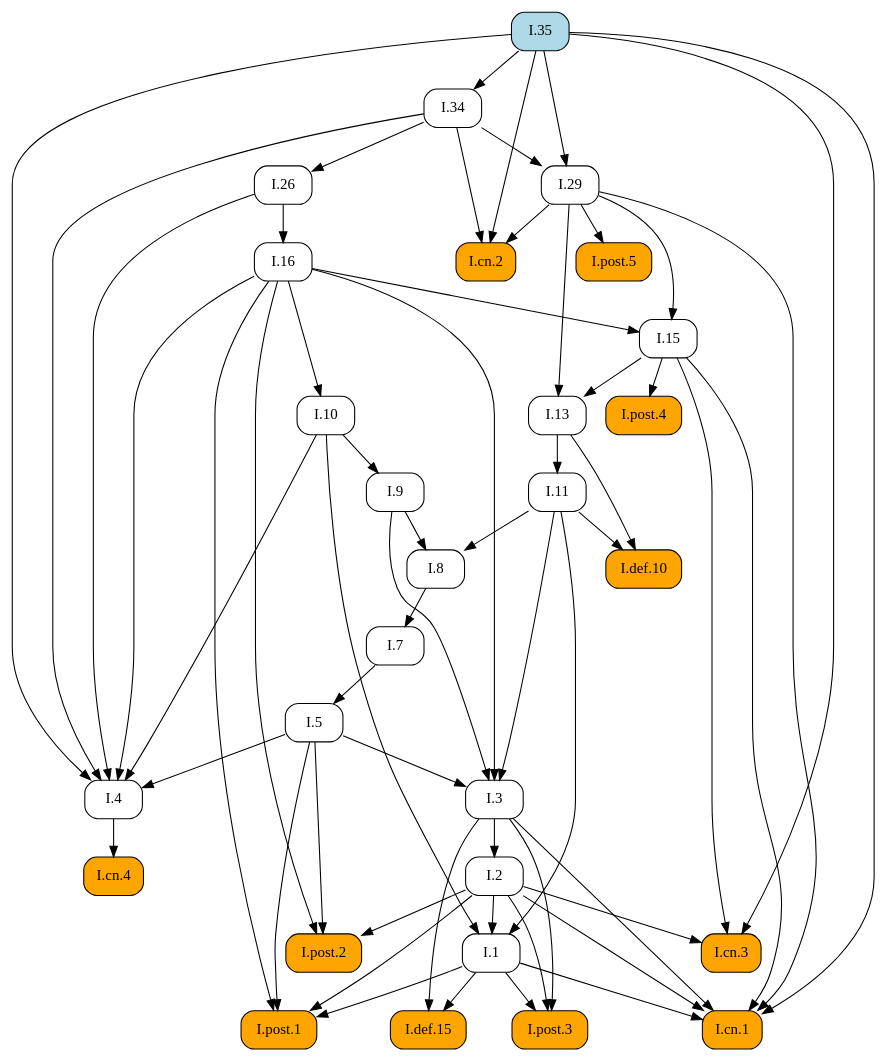
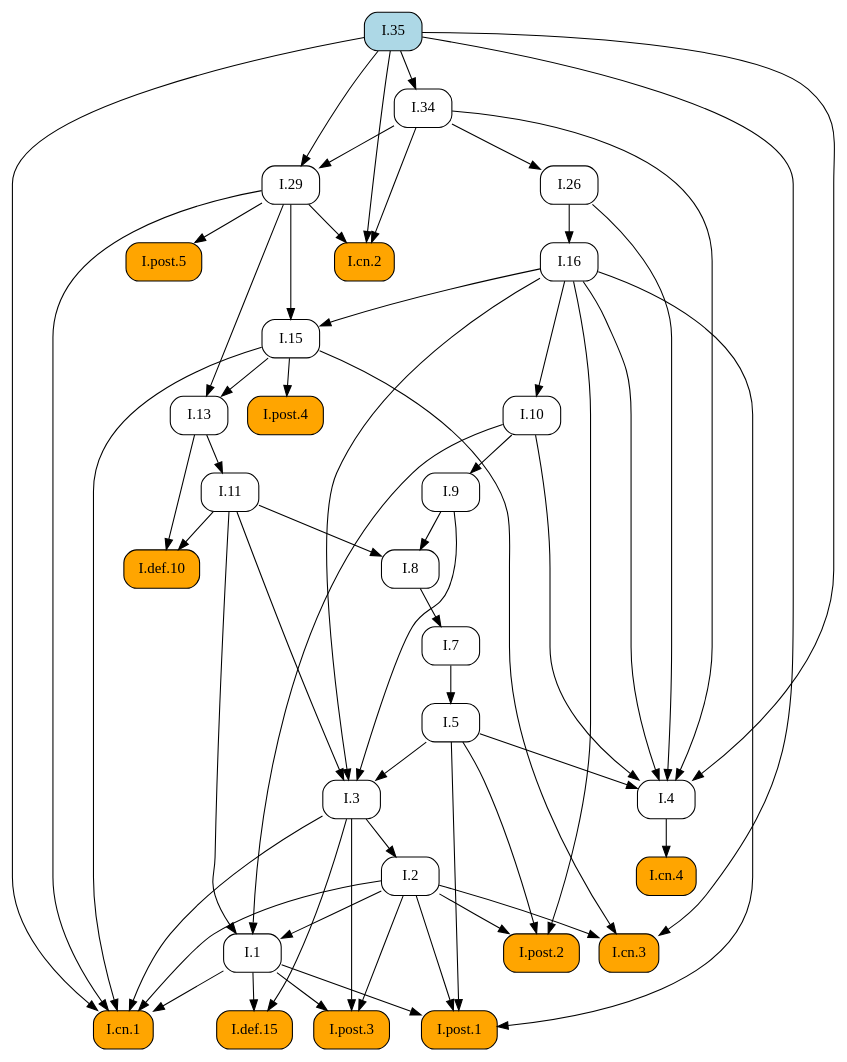
Before and after one commit to geometor/elements: the diagram in docsrc/heath/I/35/index.rst, drawn with Graphviz. The commit also changed other lines of this file and 484 other files, not shown here.

```diff
--- a/docsrc/heath/I/35/index.rst
+++ b/docsrc/heath/I/35/index.rst
@@ -66,91 +66,91 @@
    digraph {
      rankdir="TB";
      node [shape=box, style=rounded];
+     "I.35" [style="rounded,filled", fillcolor=lightblue, URL="/heath/I/35/", target="_top"];
+     "I.9" [URL="/heath/I/9/", target="_top"];
+     "I.cn.1" [style="rounded,filled", fillcolor=orange, URL="/heath/I/cn.1/", target="_top"];
+     "I.7" [URL="/heath/I/7/", target="_top"];
+     "I.2" [URL="/heath/I/2/", target="_top"];
+     "I.def.15" [style="rounded,filled", fillcolor=orange, URL="/heath/I/def.15/", target="_top"];
+     "I.13" [URL="/heath/I/13/", target="_top"];
+     "I.post.4" [style="rounded,filled", fillcolor=orange, URL="/heath/I/post.4/", target="_top"];
+     "I.4" [URL="/heath/I/4/", target="_top"];
+     "I.1" [URL="/heath/I/1/", target="_top"];
+     "I.post.3" [style="rounded,filled", fillcolor=orange, URL="/heath/I/post.3/", target="_top"];
+     "I.post.1" [style="rounded,filled", fillcolor=orange, URL="/heath/I/post.1/", target="_top"];
+     "I.5" [URL="/heath/I/5/", target="_top"];
+     "I.8" [URL="/heath/I/8/", target="_top"];
+     "I.cn.3" [style="rounded,filled", fillcolor=orange, URL="/heath/I/cn.3/", target="_top"];
+     "I.29" [URL="/heath/I/29/", target="_top"];
+     "I.16" [URL="/heath/I/16/", target="_top"];
      "I.def.10" [style="rounded,filled", fillcolor=orange, URL="/heath/I/def.10/", target="_top"];
+     "I.15" [URL="/heath/I/15/", target="_top"];
+     "I.10" [URL="/heath/I/10/", target="_top"];
      "I.11" [URL="/heath/I/11/", target="_top"];
-     "I.post.4" [style="rounded,filled", fillcolor=orange, URL="/heath/I/post.4/", target="_top"];
-     "I.1" [URL="/heath/I/1/", target="_top"];
-     "I.35" [style="rounded,filled", fillcolor=lightblue, URL="/heath/I/35/", target="_top"];
+     "I.cn.2" [style="rounded,filled", fillcolor=orange, URL="/heath/I/cn.2/", target="_top"];
+     "I.post.5" [style="rounded,filled", fillcolor=orange, URL="/heath/I/post.5/", target="_top"];
+     "I.cn.4" [style="rounded,filled", fillcolor=orange, URL="/heath/I/cn.4/", target="_top"];
+     "I.post.2" [style="rounded,filled", fillcolor=orange, URL="/heath/I/post.2/", target="_top"];
      "I.26" [URL="/heath/I/26/", target="_top"];
-     "I.7" [URL="/heath/I/7/", target="_top"];
      "I.34" [URL="/heath/I/34/", target="_top"];
      "I.3" [URL="/heath/I/3/", target="_top"];
-     "I.2" [URL="/heath/I/2/", target="_top"];
-     "I.4" [URL="/heath/I/4/", target="_top"];
-     "I.29" [URL="/heath/I/29/", target="_top"];
-     "I.13" [URL="/heath/I/13/", target="_top"];
-     "I.cn.2" [style="rounded,filled", fillcolor=orange, URL="/heath/I/cn.2/", target="_top"];
-     "I.post.2" [style="rounded,filled", fillcolor=orange, URL="/heath/I/post.2/", target="_top"];
-     "I.16" [URL="/heath/I/16/", target="_top"];
-     "I.def.15" [style="rounded,filled", fillcolor=orange, URL="/heath/I/def.15/", target="_top"];
-     "I.9" [URL="/heath/I/9/", target="_top"];
-     "I.post.3" [style="rounded,filled", fillcolor=orange, URL="/heath/I/post.3/", target="_top"];
-     "I.cn.1" [style="rounded,filled", fillcolor=orange, URL="/heath/I/cn.1/", target="_top"];
-     "I.cn.3" [style="rounded,filled", fillcolor=orange, URL="/heath/I/cn.3/", target="_top"];
-     "I.8" [URL="/heath/I/8/", target="_top"];
-     "I.cn.4" [style="rounded,filled", fillcolor=orange, URL="/heath/I/cn.4/", target="_top"];
-     "I.15" [URL="/heath/I/15/", target="_top"];
-     "I.post.5" [style="rounded,filled", fillcolor=orange, URL="/heath/I/post.5/", target="_top"];
-     "I.post.1" [style="rounded,filled", fillcolor=orange, URL="/heath/I/post.1/", target="_top"];
-     "I.10" [URL="/heath/I/10/", target="_top"];
-     "I.5" [URL="/heath/I/5/", target="_top"];
-     "I.11" -> "I.def.10";
-     "I.13" -> "I.def.10";
-     "I.13" -> "I.11";
+     "I.10" -> "I.9";
+     "I.1" -> "I.cn.1";
+     "I.2" -> "I.cn.1";
+     "I.3" -> "I.cn.1";
+     "I.15" -> "I.cn.1";
+     "I.29" -> "I.cn.1";
+     "I.35" -> "I.cn.1";
+     "I.8" -> "I.7";
+     "I.3" -> "I.2";
+     "I.1" -> "I.def.15";
+     "I.3" -> "I.def.15";
+     "I.15" -> "I.13";
+     "I.29" -> "I.13";
      "I.15" -> "I.post.4";
-     "I.2" -> "I.1";
-     "I.10" -> "I.1";
-     "I.11" -> "I.1";
-     "I.34" -> "I.26";
-     "I.8" -> "I.7";
-     "I.35" -> "I.34";
-     "I.5" -> "I.3";
-     "I.9" -> "I.3";
-     "I.11" -> "I.3";
-     "I.16" -> "I.3";
-     "I.3" -> "I.2";
      "I.5" -> "I.4";
      "I.10" -> "I.4";
      "I.16" -> "I.4";
      "I.26" -> "I.4";
      "I.34" -> "I.4";
      "I.35" -> "I.4";
-     "I.34" -> "I.29";
-     "I.35" -> "I.29";
-     "I.15" -> "I.13";
-     "I.29" -> "I.13";
-     "I.29" -> "I.cn.2";
-     "I.34" -> "I.cn.2";
-     "I.35" -> "I.cn.2";
-     "I.2" -> "I.post.2";
-     "I.5" -> "I.post.2";
-     "I.16" -> "I.post.2";
-     "I.26" -> "I.16";
-     "I.1" -> "I.def.15";
-     "I.3" -> "I.def.15";
-     "I.10" -> "I.9";
+     "I.2" -> "I.1";
+     "I.10" -> "I.1";
+     "I.11" -> "I.1";
      "I.1" -> "I.post.3";
      "I.2" -> "I.post.3";
      "I.3" -> "I.post.3";
-     "I.1" -> "I.cn.1";
-     "I.2" -> "I.cn.1";
-     "I.3" -> "I.cn.1";
-     "I.15" -> "I.cn.1";
-     "I.29" -> "I.cn.1";
-     "I.35" -> "I.cn.1";
-     "I.2" -> "I.cn.3";
-     "I.15" -> "I.cn.3";
-     "I.35" -> "I.cn.3";
-     "I.9" -> "I.8";
-     "I.11" -> "I.8";
-     "I.4" -> "I.cn.4";
-     "I.16" -> "I.15";
-     "I.29" -> "I.15";
-     "I.29" -> "I.post.5";
      "I.1" -> "I.post.1";
      "I.2" -> "I.post.1";
      "I.5" -> "I.post.1";
      "I.16" -> "I.post.1";
+     "I.7" -> "I.5";
+     "I.9" -> "I.8";
+     "I.11" -> "I.8";
+     "I.2" -> "I.cn.3";
+     "I.15" -> "I.cn.3";
+     "I.35" -> "I.cn.3";
+     "I.34" -> "I.29";
+     "I.35" -> "I.29";
+     "I.26" -> "I.16";
+     "I.11" -> "I.def.10";
+     "I.13" -> "I.def.10";
+     "I.16" -> "I.15";
+     "I.29" -> "I.15";
      "I.16" -> "I.10";
-     "I.7" -> "I.5";
+     "I.13" -> "I.11";
+     "I.29" -> "I.cn.2";
+     "I.34" -> "I.cn.2";
+     "I.35" -> "I.cn.2";
+     "I.29" -> "I.post.5";
+     "I.4" -> "I.cn.4";
+     "I.2" -> "I.post.2";
+     "I.5" -> "I.post.2";
+     "I.16" -> "I.post.2";
+     "I.34" -> "I.26";
+     "I.35" -> "I.34";
+     "I.5" -> "I.3";
+     "I.9" -> "I.3";
+     "I.11" -> "I.3";
+     "I.16" -> "I.3";
    }
```
